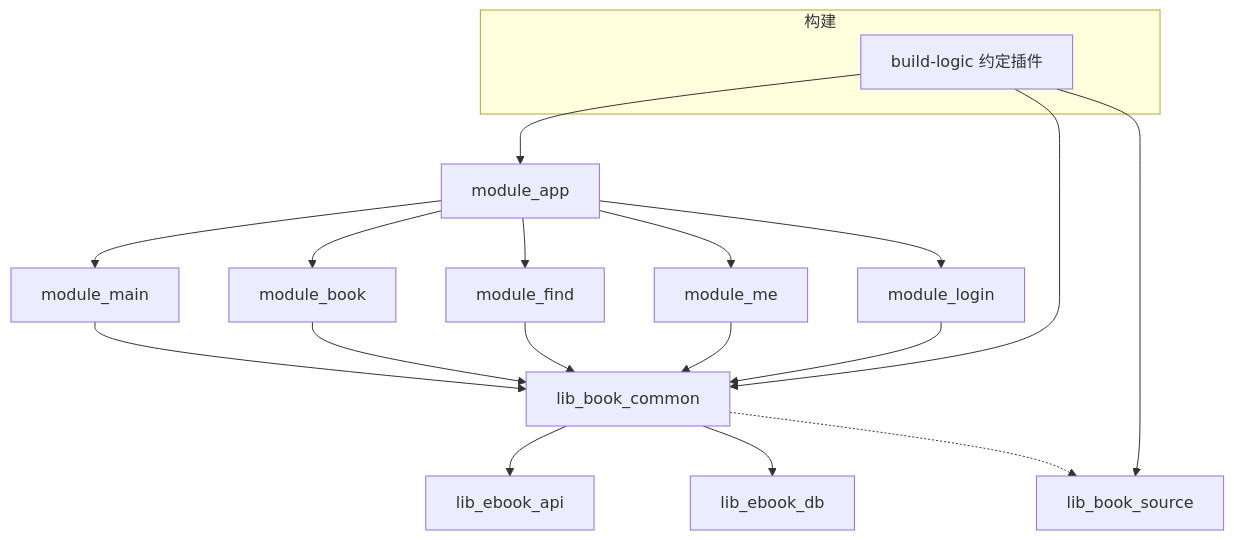
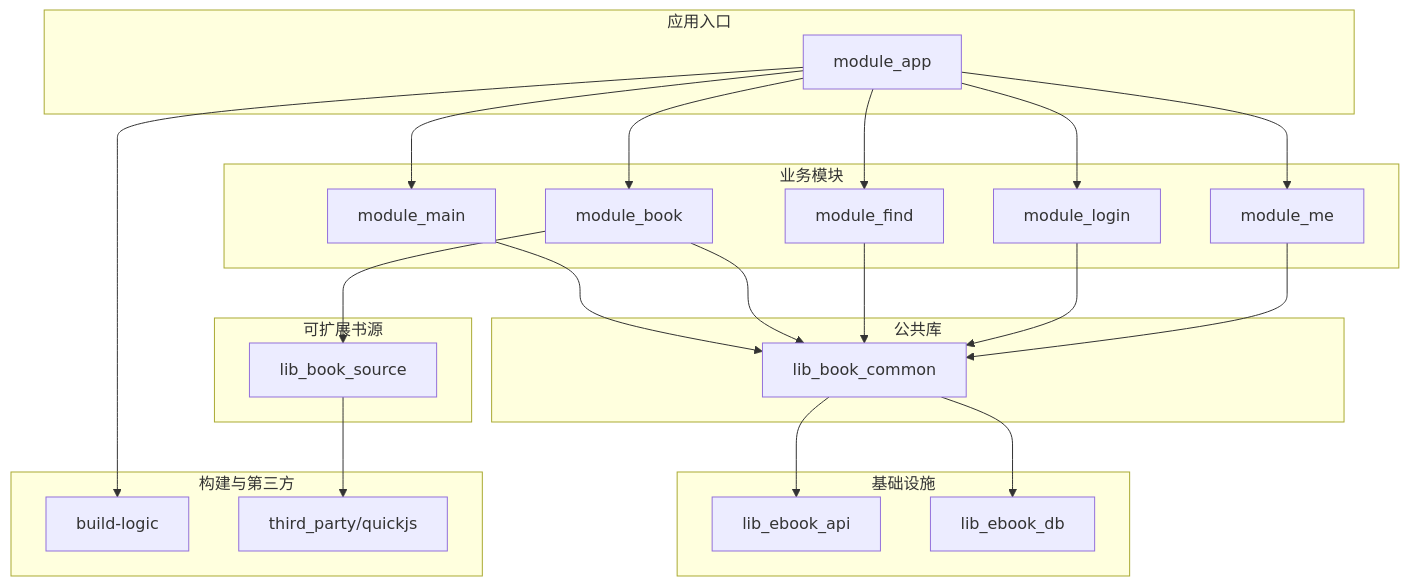
Before and after one commit to xrn1997/android-ebook: the first of 10 diagrams in .qoder/repowiki/zh/content/架构设计/架构设计.md, drawn with Mermaid. The commit also changed other lines of this file and 456 other files, not shown here.

````diff
--- a/.qoder/repowiki/zh/content/架构设计/架构设计.md
+++ b/.qoder/repowiki/zh/content/架构设计/架构设计.md
@@ -40,22 +46,43 @@
 ```mermaid
 graph TB
-    A["module_app"] --> B["module_main"]
-    A --> C["module_book"]
-    A --> D["module_find"]
-    A --> E["module_me"]
-    A --> F["module_login"]
-    B --> G["lib_book_common"]
-    C --> G
-    D --> G
-    E --> G
-    F --> G
-    G --> H["lib_ebook_api"]
-    G --> I["lib_ebook_db"]
-    G -.-> J["lib_book_source"]
-    subgraph "构建"
-        K["build-logic 约定插件"]
+    subgraph "应用入口"
+        APP["module_app"]
     end
-    K --> A
-    K --> G
-    K --> J
+    subgraph "业务模块"
+        MAIN["module_main"]
+        BOOK["module_book"]
+        FIND["module_find"]
+        LOGIN["module_login"]
+        ME["module_me"]
+    end
+    subgraph "公共库"
+        COMMON["lib_book_common"]
+    end
+    subgraph "基础设施"
+        API["lib_ebook_api"]
+        DB["lib_ebook_db"]
+    end
+    subgraph "可扩展书源"
+        SOURCE["lib_book_source"]
+    end
+    subgraph "构建与第三方"
+        BUILD["build-logic"]
+        QJS["third_party/quickjs"]
+    end
+
+    APP --> MAIN
+    APP --> BOOK
+    APP --> FIND
+    APP --> LOGIN
+    APP --> ME
+    MAIN --> COMMON
+    BOOK --> COMMON
+    FIND --> COMMON
+    LOGIN --> COMMON
+    ME --> COMMON
+    COMMON --> API
+    COMMON --> DB
+    BOOK --> SOURCE
+    SOURCE --> QJS
+    APP --> BUILD
 ```
````
